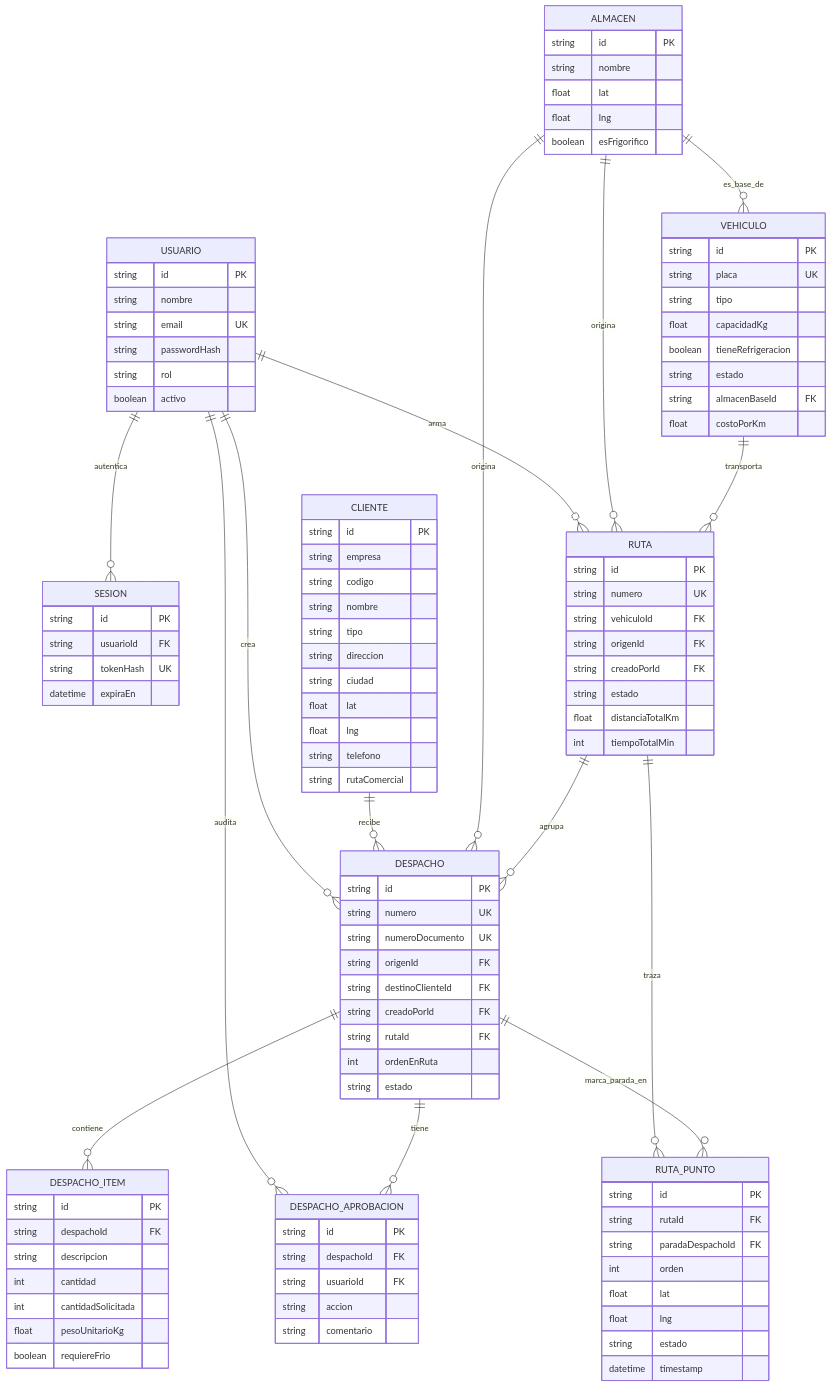
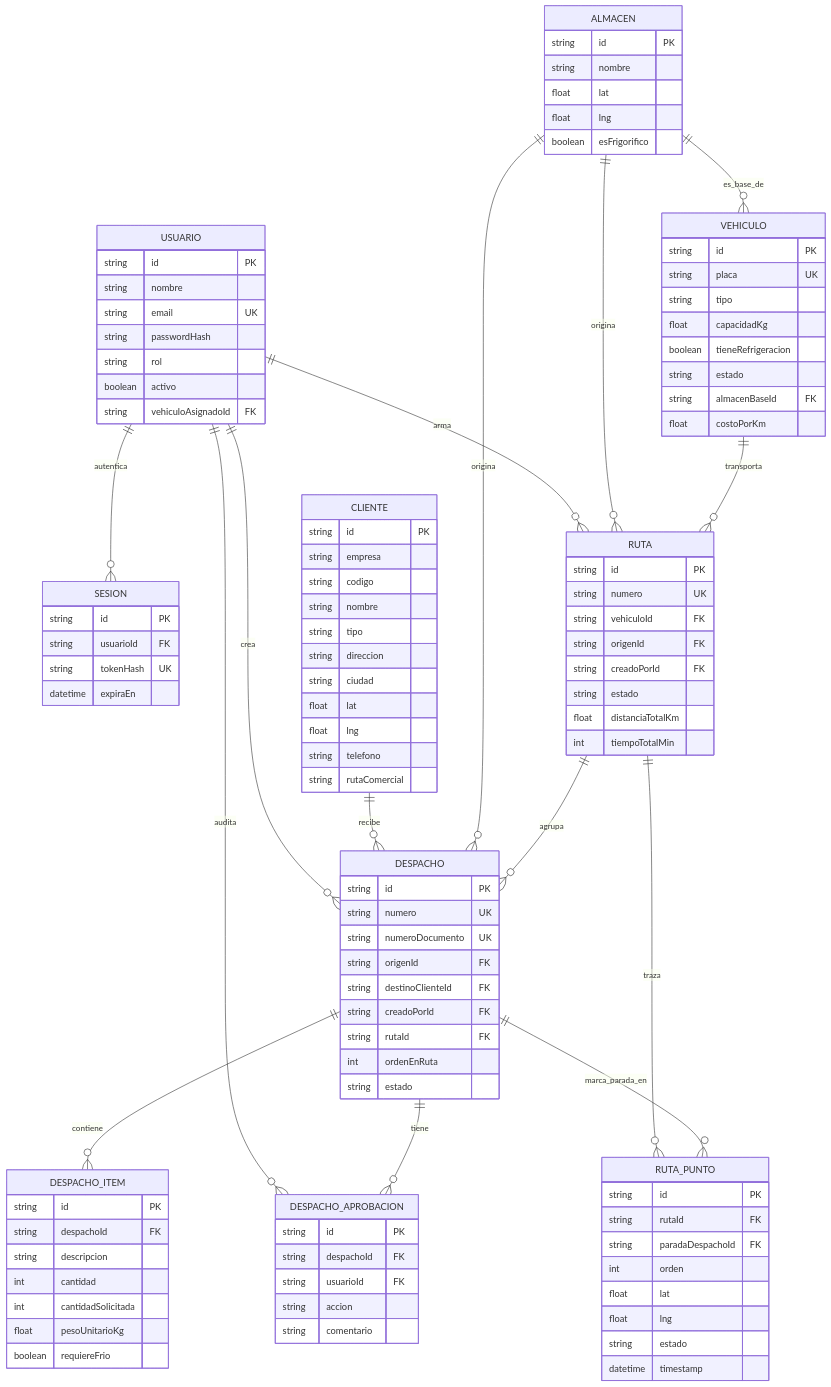
The diagram in docs/MODELO_DATOS.md (chivo1821/isvan_project), drawn with Mermaid before and after one commit. The commit also changed other lines of this file and 22 other files, not shown here.

```diff
--- a/docs/MODELO_DATOS.md
+++ b/docs/MODELO_DATOS.md
@@ -41,6 +41,7 @@
         string passwordHash
         string rol
         boolean activo
+        string vehiculoAsignadoId FK
     }
     SESION {
         string id PK
```
